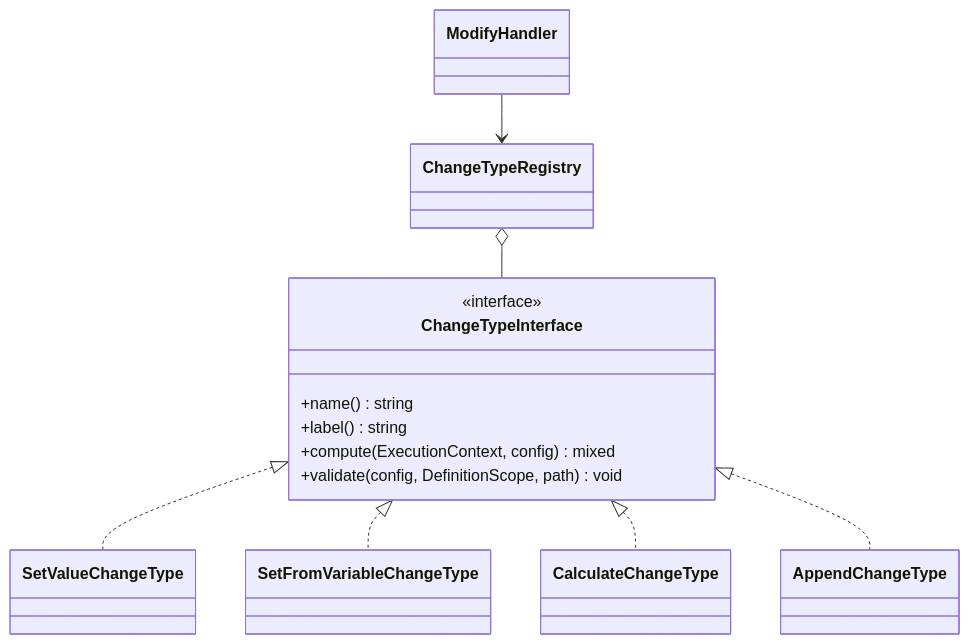
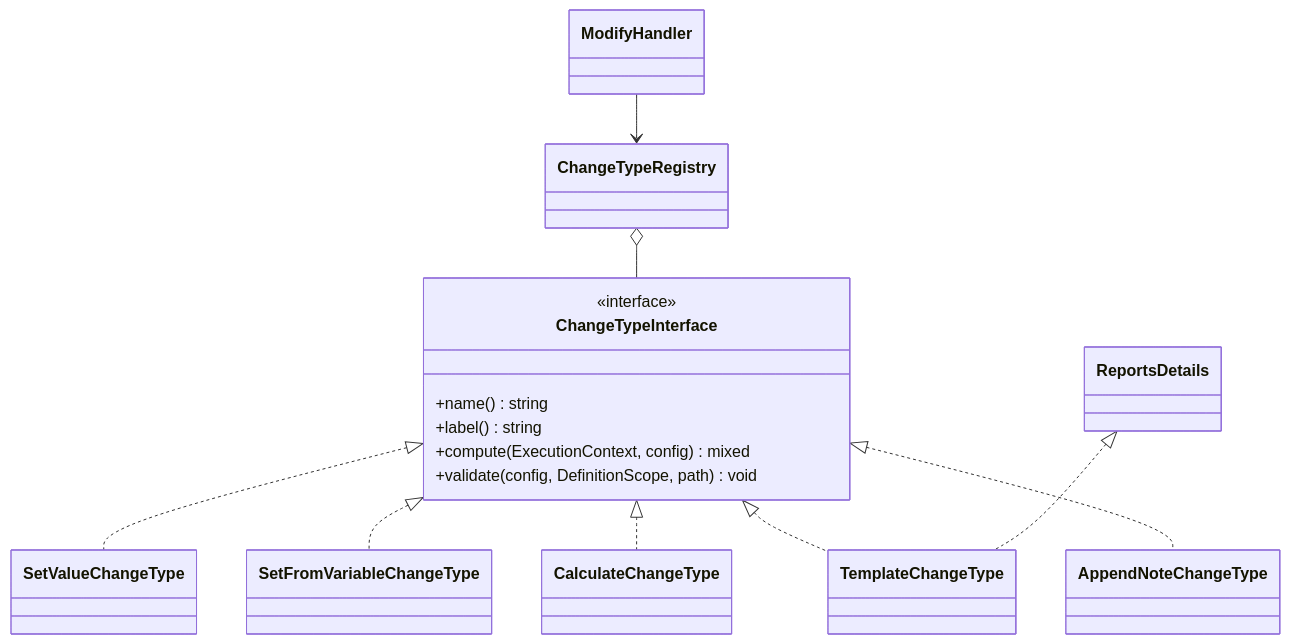
One commit to madarch-labs/Workflow-Processing-Service changed the diagram in doc/en/07-developer-guide/extending/new-change-type.md. Above: the diagram before and after it, drawn with Mermaid. The commit also changed other lines of this file and 370 other files, not shown here.

````diff
--- a/doc/en/07-developer-guide/extending/new-change-type.md
+++ b/doc/en/07-developer-guide/extending/new-change-type.md
@@ -18,16 +22,18 @@
 ```mermaid
 classDiagram
     class ChangeTypeInterface {
         <<interface>>
         +name() string
         +label() string
         +compute(ExecutionContext, config) mixed
         +validate(config, DefinitionScope, path) void
     }
     ChangeTypeInterface <|.. SetValueChangeType
     ChangeTypeInterface <|.. SetFromVariableChangeType
     ChangeTypeInterface <|.. CalculateChangeType
-    ChangeTypeInterface <|.. AppendChangeType
+    ChangeTypeInterface <|.. TemplateChangeType
+    ReportsDetails <|.. TemplateChangeType
+    ChangeTypeInterface <|.. AppendNoteChangeType
     ChangeTypeRegistry o-- ChangeTypeInterface
     ModifyHandler --> ChangeTypeRegistry
 ```
````
